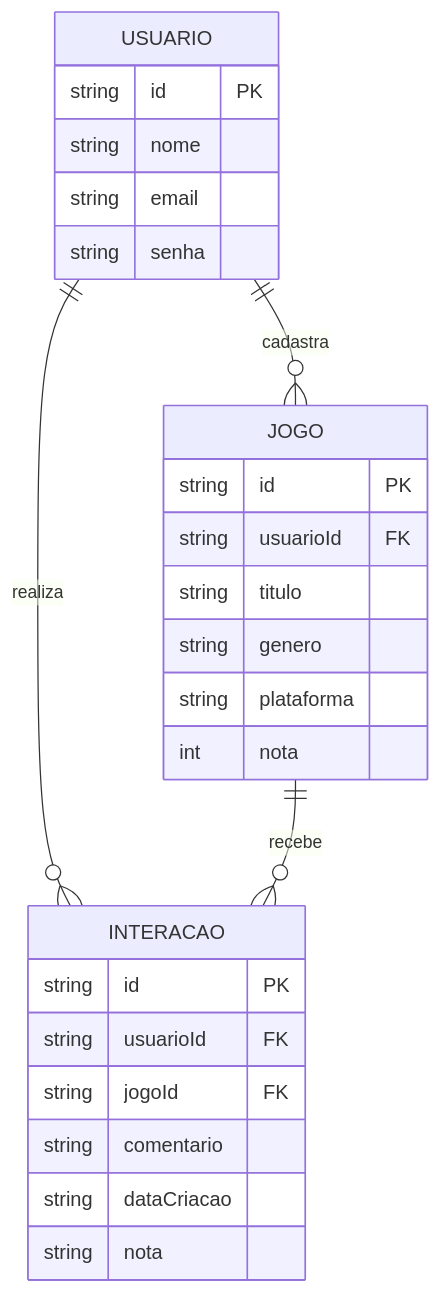
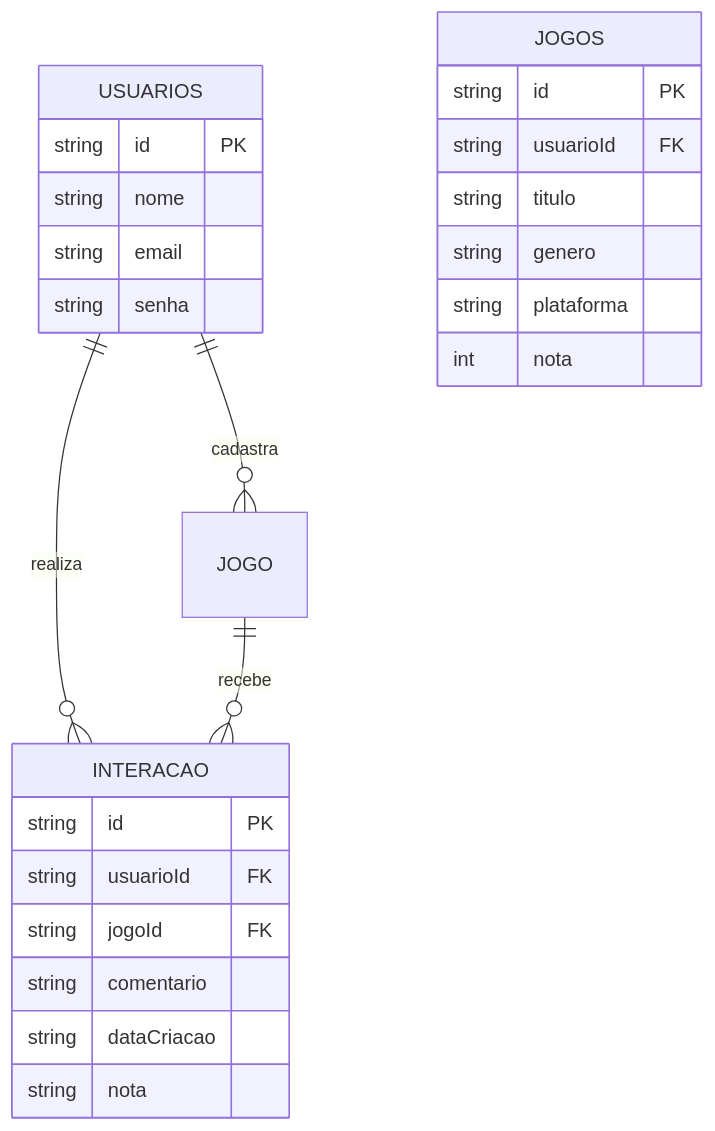
The diagram in docs/spec.md (Rafael-Martins-Amaral/gamery), drawn with Mermaid before and after one commit.

````diff
--- a/docs/spec.md
+++ b/docs/spec.md
@@ -46,32 +46,32 @@
 ```mermaid
 erDiagram
-    USUARIO ||--o{ JOGO : "cadastra"
-    USUARIO ||--o{ INTERACAO : "realiza"
+    USUARIOS ||--o{ JOGO : "cadastra"
+    USUARIOS ||--o{ INTERACAO : "realiza"
     JOGO ||--o{ INTERACAO : "recebe"
 
-    USUARIO {
+    USUARIOS {
         string id PK
         string nome
         string email
         string senha
     }
 
-    JOGO {
+    JOGOS {
         string id PK
         string usuarioId FK
         string titulo
         string genero
         string plataforma
         int nota
         
     }
 
     INTERACAO {
         string id PK
         string usuarioId FK
         string jogoId FK
         string comentario
         string dataCriacao
         string nota
     }
 ```
````
